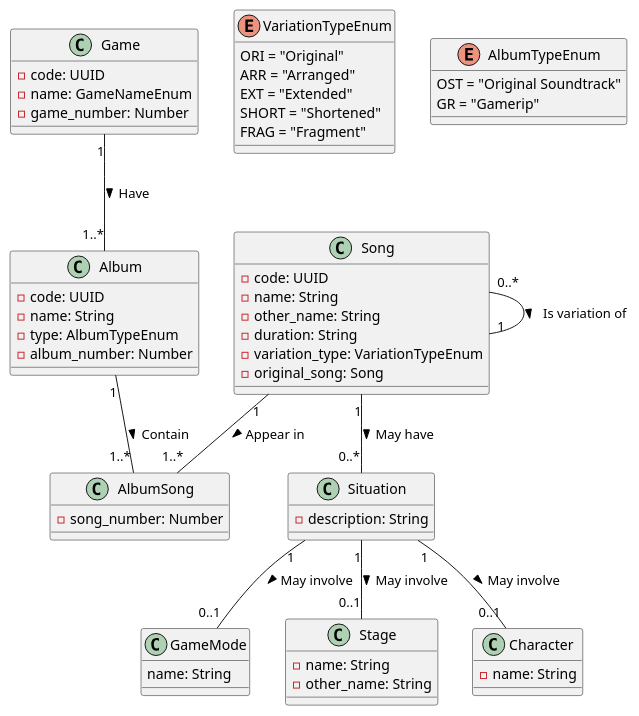
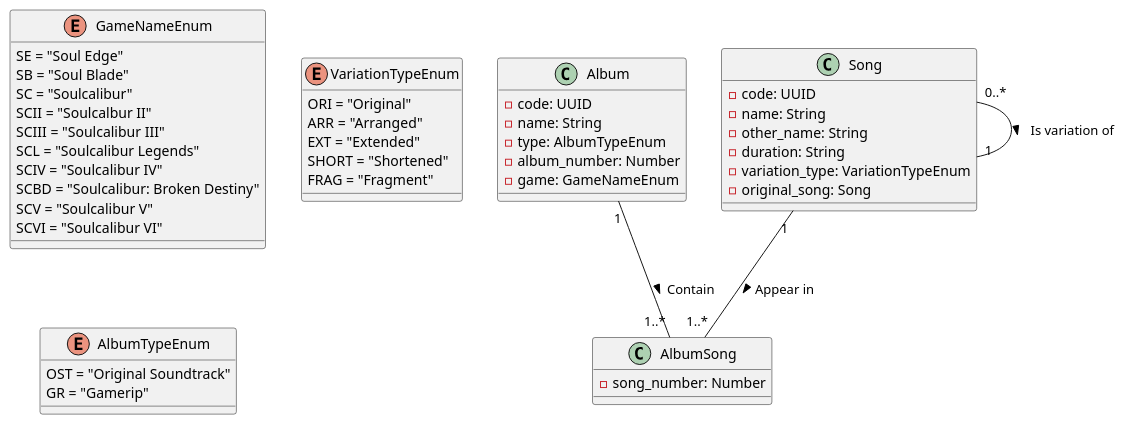
Before and after one commit to ianshalaga/ProyectoFinalRamirezPyDj: the diagram in apps/music_sc/models/sc_ost.plantuml, drawn with PlantUML. The commit also changed 15 other files, not shown here.

```diff
--- a/apps/music_sc/models/sc_ost.plantuml
+++ b/apps/music_sc/models/sc_ost.plantuml
@@ -1,88 +1,60 @@
 @startuml soulcalibur_music
 
 ' CLASSES
-
-class Game {
-    - code: UUID
-    - name: GameNameEnum
-    - game_number: Number
-}
 
 class Album {
     - code: UUID
     - name: String
     - type: AlbumTypeEnum
     - album_number: Number
+    - game: GameNameEnum
 }
 
 class AlbumSong {
     - song_number: Number
 }
 
 class Song {
     - code: UUID
     - name: String
     - other_name: String
     - duration: String
     - variation_type: VariationTypeEnum
     - original_song: Song
 }
 
-class Situation {
-    - description: String
-}
-
-class GameMode {
-    name: String
-}
-
-class Stage {
-    - name: String
-    - other_name: String
-}
-
-class Character {
-    - name: String
-}
-
 ' RELATIONSHIP
 
-Game "1" -- "1..*" Album : Have >
 Album "1" -- "1..*" AlbumSong : Contain >
 Song "1" -- "1..*" AlbumSong : Appear in >
 Song "0..*" -- "1" Song : Is variation of >
-Song "1" -- "0..*" Situation : May have >
-Situation "1" -- "0..1" Character : May involve >
-Situation "1" -- "0..1" Stage : May involve >
-Situation "1" -- "0..1" GameMode : May involve >
-' Character "0..*" -- "1..*" Stage : Belongs >
 
 ' ENUMS
 
-' enum GameNameEnum {
-'     SE = "Soul Edge"
-'     SB = "Soul Blade"
-'     SC = "Soulcalibur"
-'     SCII = "Soulcalbur II"
-'     SCIII = "Soulcalibur III"
-'     SCL = "Soulcalibur Legends"
-'     SCIV = "Soulcalibur IV"
-'     SCBD = "Soulcalibur: Broken Destiny"
-'     SCV = "Soulcalibur V"
-'     SCVI = "Soulcalibur VI"
-' }
+enum GameNameEnum {
+    SE = "Soul Edge"
+    SB = "Soul Blade"
+    SC = "Soulcalibur"
+    SCII = "Soulcalbur II"
+    SCIII = "Soulcalibur III"
+    SCL = "Soulcalibur Legends"
+    SCIV = "Soulcalibur IV"
+    SCBD = "Soulcalibur: Broken Destiny"
+    SCV = "Soulcalibur V"
+    SCVI = "Soulcalibur VI"
+}
 
 enum VariationTypeEnum {
     ORI = "Original"
     ARR = "Arranged"
     EXT = "Extended"
     SHORT = "Shortened"
     FRAG = "Fragment"
 }
 
 enum AlbumTypeEnum {
     OST = "Original Soundtrack"
     GR = "Gamerip"
 }
 
 @enduml
```
